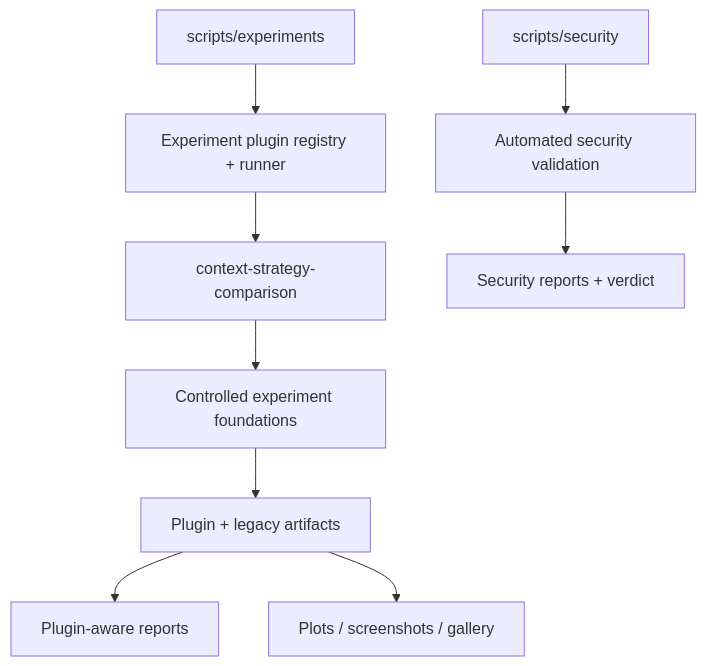
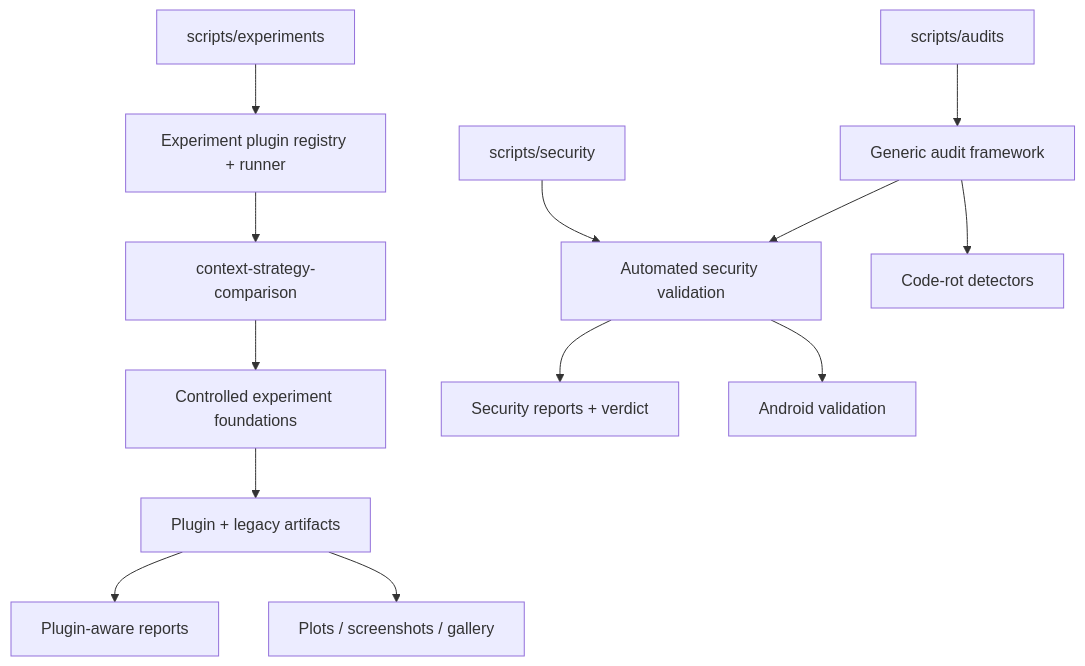
Before and after one commit to dailephd/my-dev-kit-lab: the diagram in README.md, drawn with Mermaid. The commit also changed other lines of this file and 5 other files, not shown here.

````diff
--- a/README.md
+++ b/README.md
@@ -48,11 +47,15 @@
 ```mermaid
 flowchart TD
   A[scripts/experiments] --> B[Experiment plugin registry + runner]
   B --> C[context-strategy-comparison]
   C --> D[Controlled experiment foundations]
   D --> E[Plugin + legacy artifacts]
   E --> F[Plugin-aware reports]
   E --> G[Plots / screenshots / gallery]
   H[scripts/security] --> I[Automated security validation]
   I --> J[Security reports + verdict]
+  I --> K[Android validation]
+  L[scripts/audits] --> M[Generic audit framework]
+  M --> N[Code-rot detectors]
+  M --> I
 ```
````
